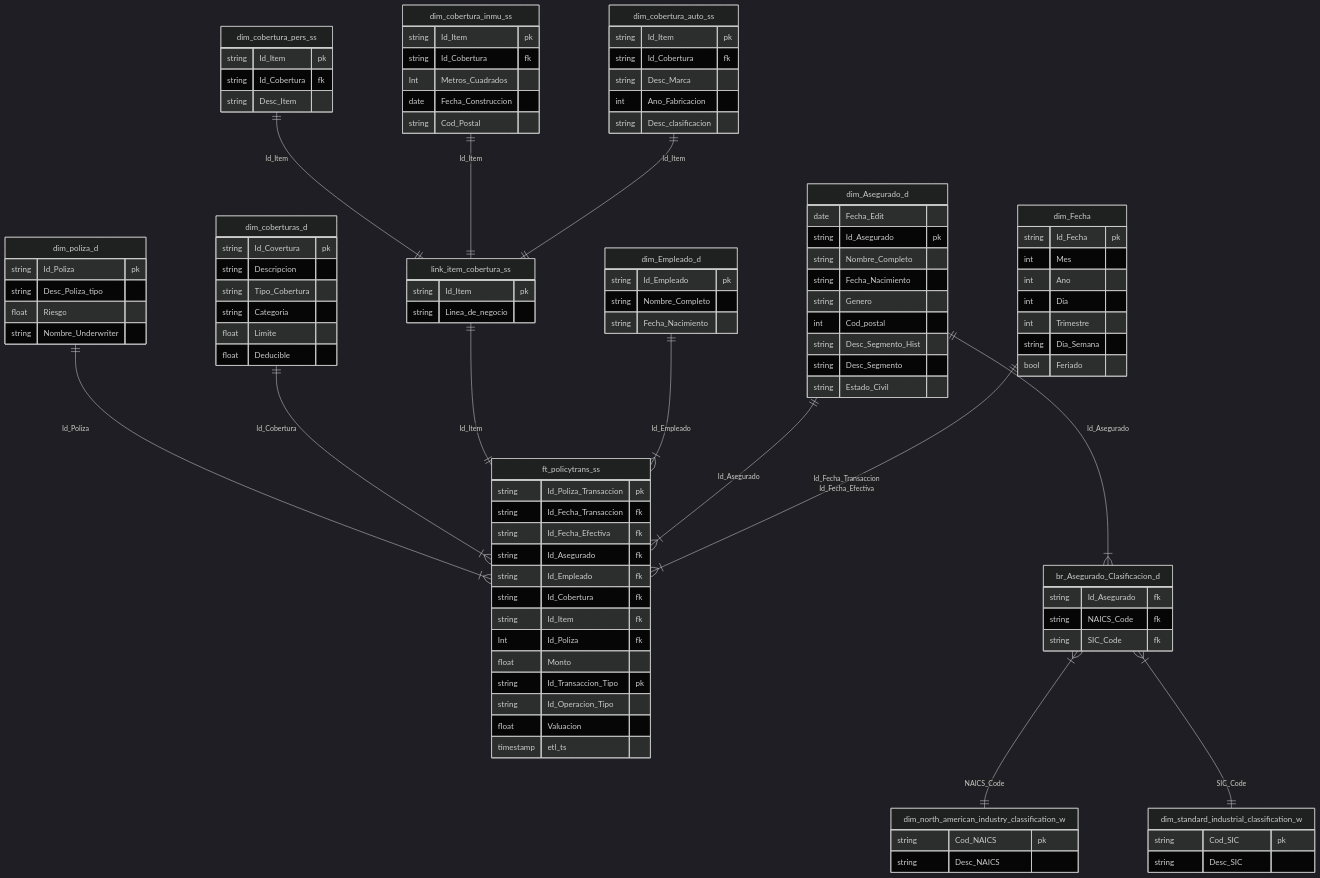
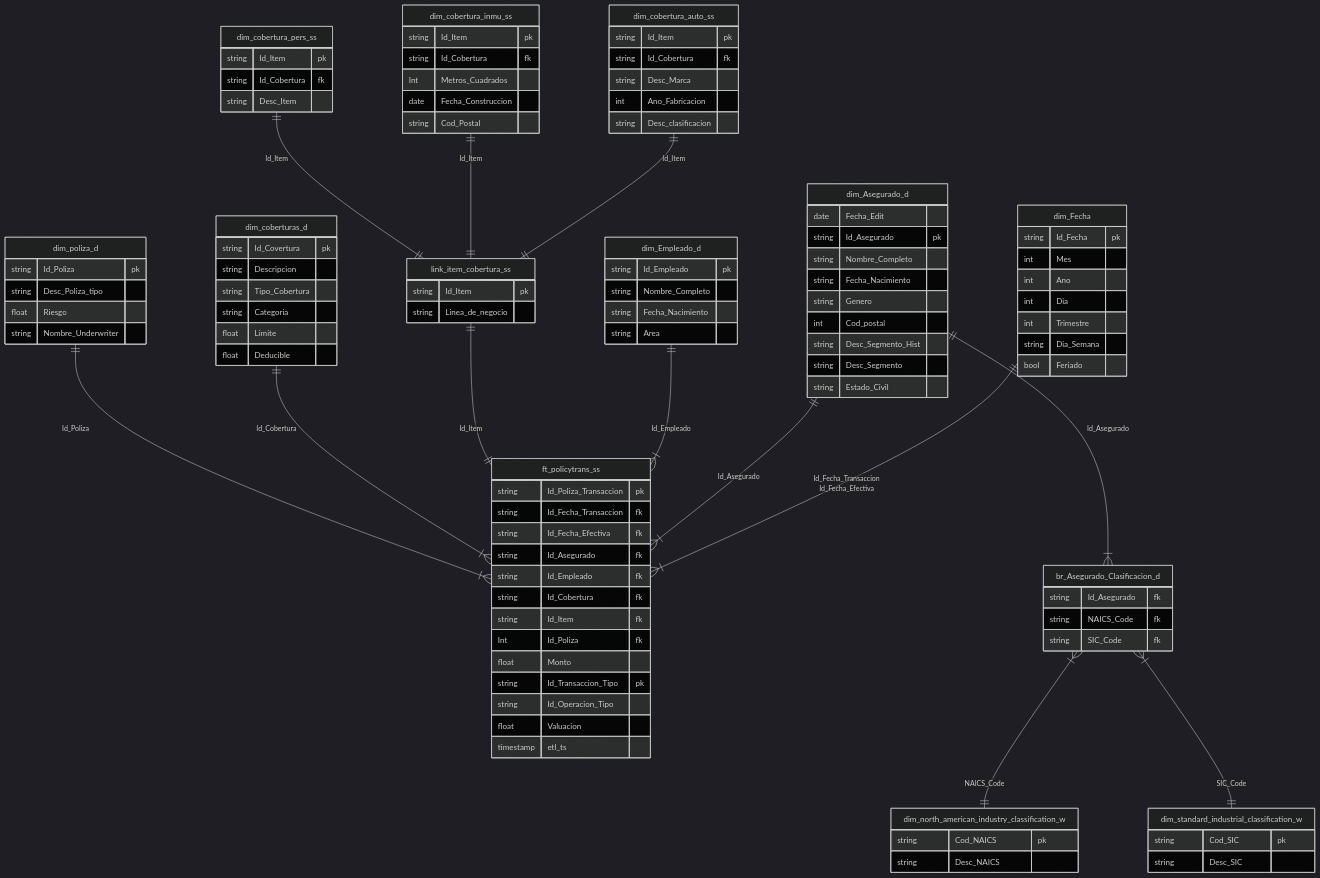
Before and after one commit to Facu4798/tps_ml2: the diagram in policy_transaction_fact.mermaid, drawn with Mermaid (dark theme). The commit also changed 1 other file, not shown here.

```diff
--- a/policy_transaction_fact.mermaid
+++ b/policy_transaction_fact.mermaid
@@ -1,153 +1,154 @@
 
 erDiagram
 
 
 %% fact table relationships
 dim_Fecha ||--|{ ft_policytrans_ss: 
     "Id_Fecha_Transaccion
     Id_Fecha_Efectiva"
 dim_Asegurado_d ||--|{ ft_policytrans_ss: Id_Asegurado
 dim_Empleado_d ||--|{ ft_policytrans_ss: Id_Empleado
 %% Supertypes and subtypes
 link_item_cobertura_ss ||--|| ft_policytrans_ss: Id_Item
 dim_cobertura_auto_ss ||--|| link_item_cobertura_ss: Id_Item
 dim_cobertura_inmu_ss ||--|| link_item_cobertura_ss: Id_Item
 dim_cobertura_pers_ss ||--|| link_item_cobertura_ss: Id_Item
 
 %% multivalued dimension
 dim_Asegurado_d ||--|{ br_Asegurado_Clasificacion_d: Id_Asegurado
 br_Asegurado_Clasificacion_d }|--|| dim_north_american_industry_classification_w: NAICS_Code
 br_Asegurado_Clasificacion_d }|--|| dim_standard_industrial_classification_w: SIC_Code
 
 %% fact description
 dim_coberturas_d ||--|{ ft_policytrans_ss: Id_Cobertura
 
 %% no longer degerate
 dim_poliza_d ||--|{ ft_policytrans_ss: Id_Poliza
 
 
 %% ft: facto, ss: frecuencia carga(segundos)
 ft_policytrans_ss {
     string Id_Poliza_Transaccion pk
     string Id_Fecha_Transaccion fk   
     string Id_Fecha_Efectiva fk     
     string Id_Asegurado fk
     string Id_Empleado fk
     string Id_Cobertura fk
     string Id_Item fk
     Int Id_Poliza fk
     float Monto
     string Id_Transaccion_Tipo pk
     string Id_Operacion_Tipo 
     float Valuacion
     timestamp etl_ts
 }
 
 
 %% Dimension Role Playing
 dim_Fecha {
     string Id_Fecha pk
     int Mes
     int Ano
     int Dia
     int Trimestre
     string Dia_Semana
     bool Feriado
 }
 
 
 
 %% MULTIVALUED DIMENSION ATTRIBUTES (with bridge)
 
 dim_Asegurado_d {
     date Fecha_Edit
     string Id_Asegurado pk
     string Nombre_Completo
     string Fecha_Nacimiento 
     string Genero
     int Cod_postal
     string Desc_Segmento_Hist
     string Desc_Segmento
     string Estado_Civil
 }
 
 %% Bridge
 br_Asegurado_Clasificacion_d {
     string Id_Asegurado fk
     string NAICS_Code fk
     string SIC_Code fk
 }
 
 dim_north_american_industry_classification_w {
     string Cod_NAICS pk
     string Desc_NAICS
 }
 
 dim_standard_industrial_classification_w {
     string Cod_SIC pk
     string Desc_SIC
 }
 
 
 
 
 
 %% SUPERTYPES AND SUBTYPES
 
 %% SUPERTYPE
 link_item_cobertura_ss {
     string Id_Item pk
     string Linea_de_negocio
 }
 
 %% SUBTYPE
 dim_cobertura_auto_ss {
     string Id_Item pk
     string Id_Cobertura fk
     string Desc_Marca
     int Ano_Fabricacion
     string Desc_clasificacion
 }
 
 %% SUBTYPE
 dim_cobertura_inmu_ss {
     string Id_Item pk
     string Id_Cobertura fk
     Int Metros_Cuadrados
     date Fecha_Construccion
     string Cod_Postal
 }
 
 %% SUBTYPE
 dim_cobertura_pers_ss {
     string Id_Item pk
     string Id_Cobertura fk
     string Desc_Item
 }
 
 
 
 %% Coverages descriptiva
 dim_coberturas_d {
     string Id_Covertura pk
     string Descripcion
     string Tipo_Cobertura
     string Categoria
     float Limite
     float Deducible
 }
 
 
 %% no longer degerate
 dim_poliza_d{
     string Id_Poliza pk
     string Desc_Poliza_tipo
     float Riesgo
     string Nombre_Underwriter
 }
 
 dim_Empleado_d {
     string Id_Empleado pk
     string Nombre_Completo
     string Fecha_Nacimiento
+    string Area
 }
```
